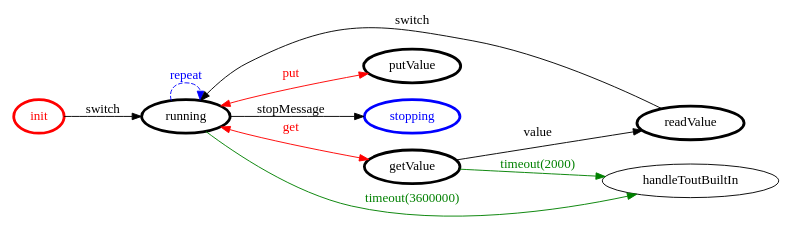
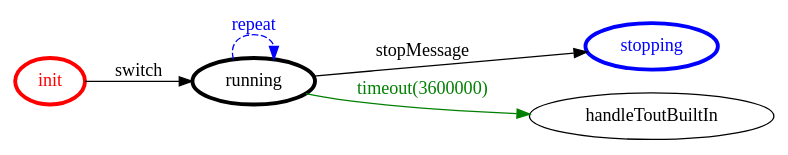
Before and after one commit to makokev/Project-Work-The-CoAP-Protocol: the diagram in coapClient-v2/srcMore/it/unibo/client_actor/client_actor.gv, drawn with Graphviz. The commit also changed 52 other files, not shown here.

```diff
--- a/coapClient-v2/srcMore/it/unibo/client_actor/client_actor.gv
+++ b/coapClient-v2/srcMore/it/unibo/client_actor/client_actor.gv
@@ -1,28 +1,20 @@
 /*
 *
 * A GraphViz DOT FSM description 
 * Please use a GraphViz visualizer (like http://www.webgraphviz.com)
 *  
 */
 
 digraph finite_state_machine {
 	rankdir=LR
 	size="8,5"
 	
 	init [ color = red ][ fontcolor = red ][ penwidth = 3 ]
 	running [ color = black ][ fontcolor = black ][ penwidth = 3 ]
-	getValue [ color = black ][ fontcolor = black ][ penwidth = 3 ]
-	readValue [ color = black ][ fontcolor = black ][ penwidth = 3 ]
-	putValue [ color = black ][ fontcolor = black ][ penwidth = 3 ]
 	stopping [ color = blue ][ fontcolor = blue ][ penwidth = 3 ]
 	
-	running -> putValue [ label = "put" ][ color = red ][ fontcolor = red ][ dir = both ]
-	readValue -> running [ label = "switch" ][ color = black ][ fontcolor = black ]
 	running -> stopping [ label = "stopMessage" ][ color = black ][ fontcolor = black ]
-	getValue -> handleToutBuiltIn [ label = "timeout(2000)" ][ color = green ][ fontcolor = green ]
 	running -> running [ label = "repeat "][ style = dashed ][ color = blue ][ fontcolor = blue ]
 	init -> running [ label = "switch" ][ color = black ][ fontcolor = black ]
-	running -> getValue [ label = "get" ][ color = red ][ fontcolor = red ][ dir = both ]
-	getValue -> readValue [ label = "value" ][ color = black ][ fontcolor = black ]
 	running -> handleToutBuiltIn [ label = "timeout(3600000)" ][ color = green ][ fontcolor = green ]
 }
```
